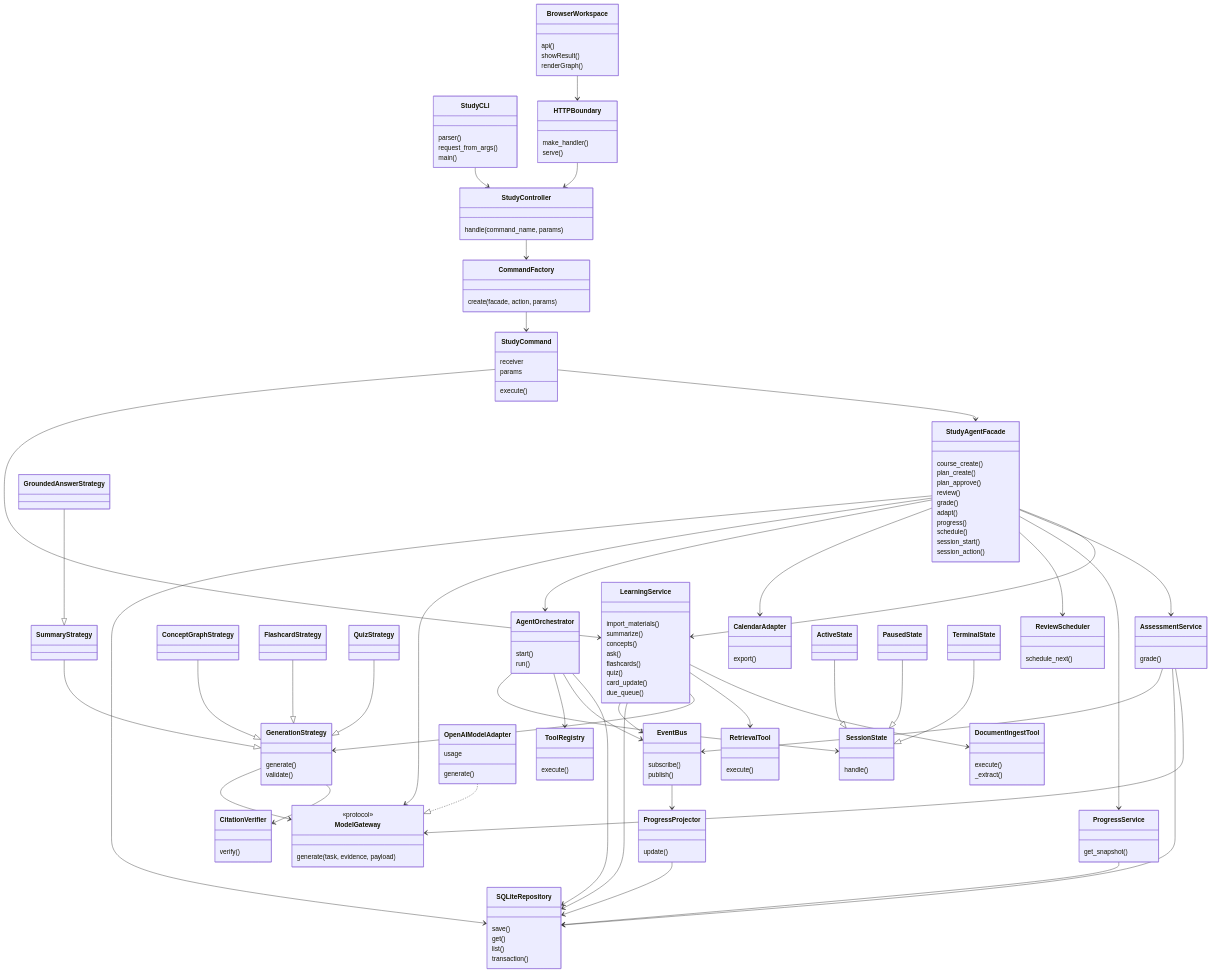
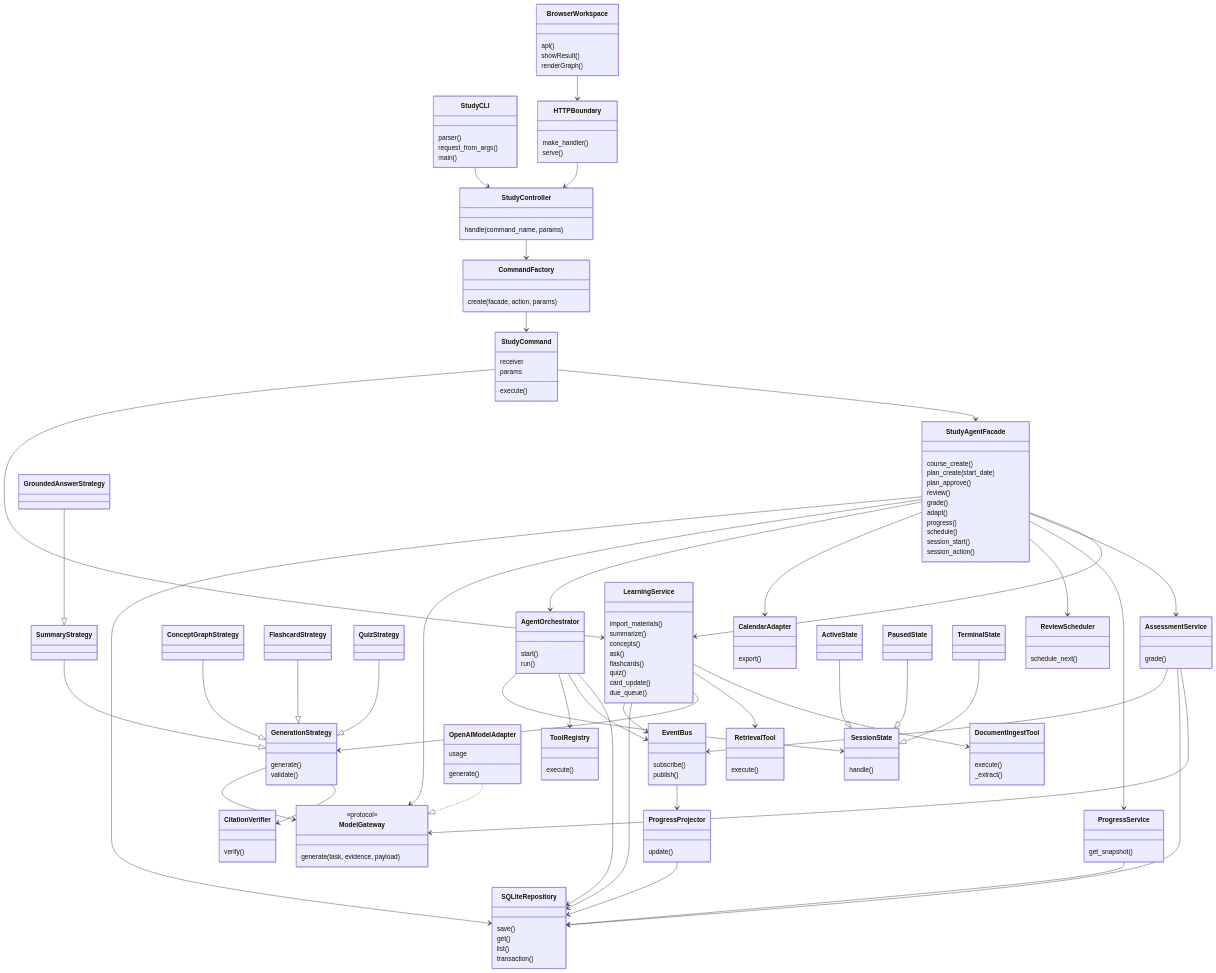
The first of 11 diagrams in docs/architecture.md (AidaRezaei24/studyforge-stage1-design), drawn with Mermaid before and after one commit. The commit also changed other lines of this file and 10 other files, not shown here.

```diff
--- a/docs/architecture.md
+++ b/docs/architecture.md
@@ -35,7 +35,7 @@
     }
     class StudyAgentFacade {
         course_create()
-        plan_create()
+        plan_create(start_date)
         plan_approve()
         review()
         grade()
```
